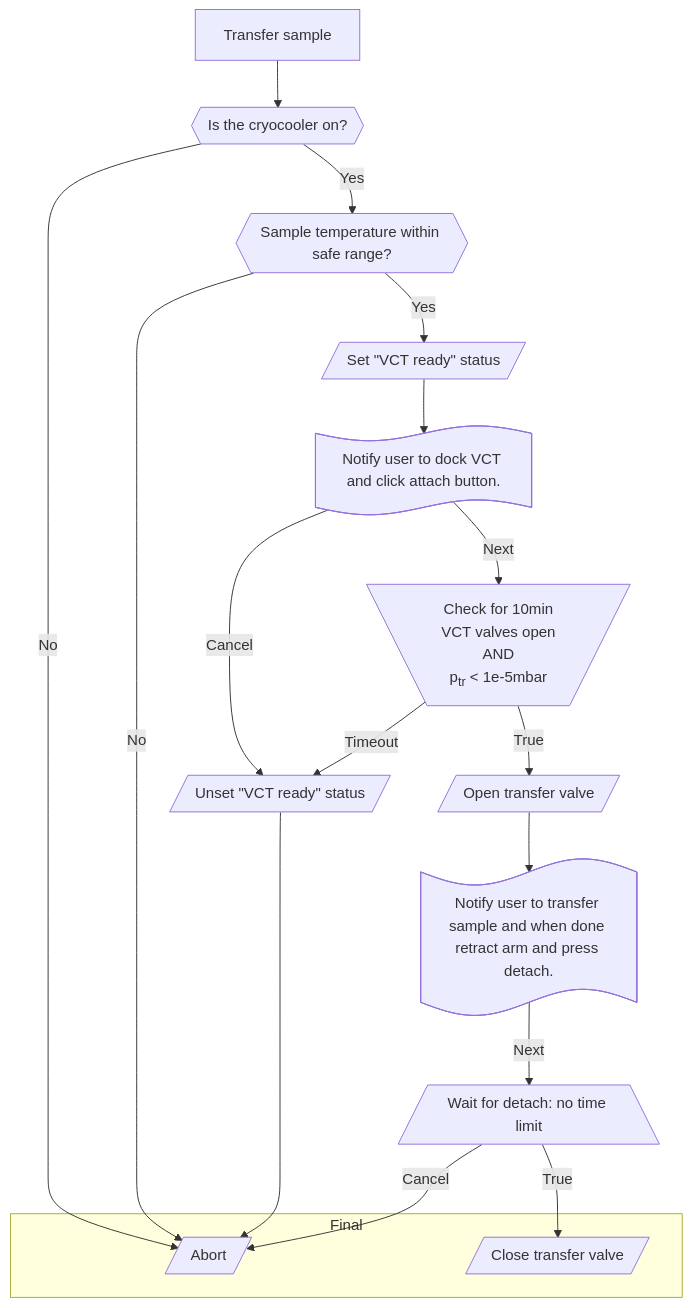
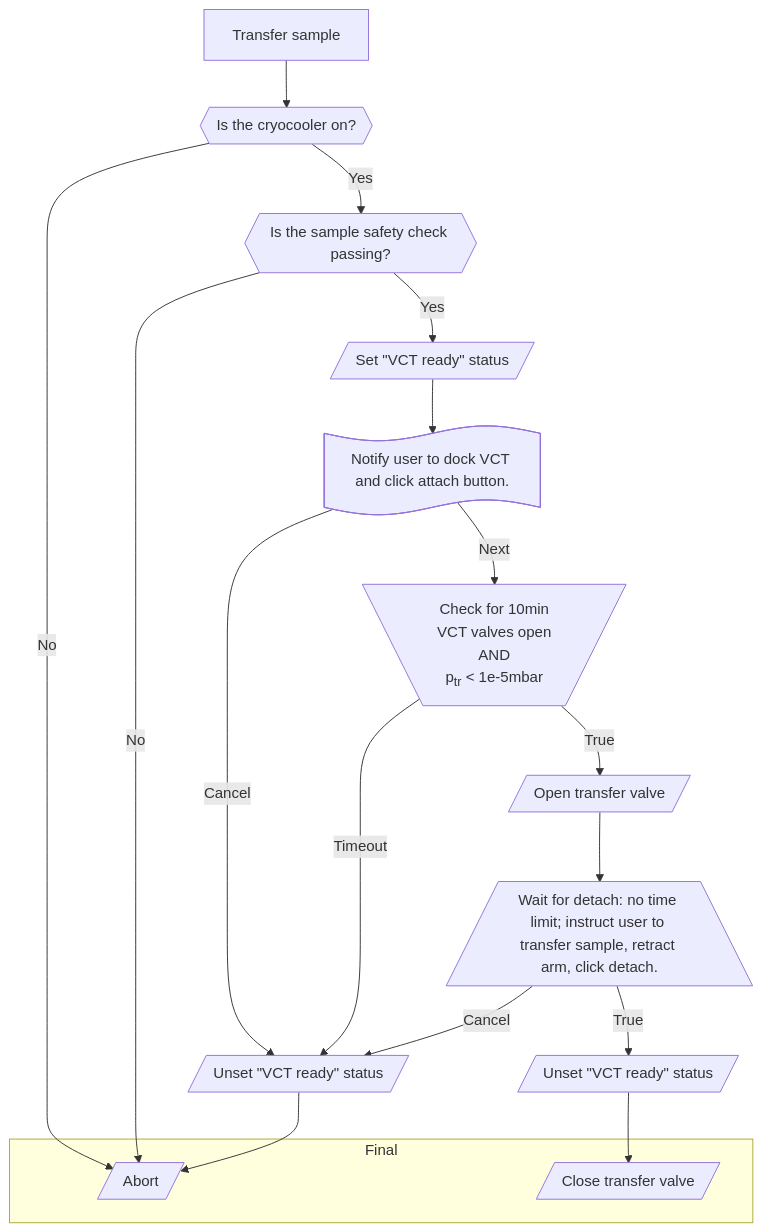
One commit to parkourlrc/pcb-trappitsch--cryostorage-42fec10e6a changed diagram 11 of 11 in docs/src/workflows.md. Above: the diagram before and after it, drawn with Mermaid. The commit also changed 7 other files, not shown here.

Commit message:
add sample transfer workflow

````diff
--- a/docs/src/workflows.md
+++ b/docs/src/workflows.md
@@ -331,26 +331,26 @@
 ```mermaid
   flowchart TD
     PR[Transfer sample] --> CCHK
     CCHK -->|No| Err
-    CCHK{{Is the cryocooler on?}} -->|Yes| TCHK
-    TCHK{{Sample temperature within safe range?}} -->|No| Err
-    TCHK -->|Yes| RDY
+    CCHK{{Is the cryocooler on?}} -->|Yes| SCHK
+    SCHK{{Is the sample safety check passing?}} -->|No| Err
+    SCHK -->|Yes| RDY
     RDY[/Set "VCT ready" status/] --> NAtt
     NAtt@{ shape: paper-tape, label: "Notify user to dock VCT and click attach button."} -->|Cancel| NRDY
     NRDY[/Unset "VCT ready" status/] --> Err
     NAtt -->|Next| CHKOP[\"Check for 10min
               VCT valves open 
               AND 
               p<sub>tr</sub> < 1e-5mbar"/]
     CHKOP -->|Timeout| NRDY
     CHKOP -->|True| OpTrV
-    OpTrV[/Open transfer valve/] --> NTr
-    NTr@{ shape: paper-tape, label: "Notify user to transfer sample and when done retract arm and press detach."} --> |Next| WaitForDet
-    WaitForDet[/Wait for detach: no time limit\] -->|Cancel| Err
-    WaitForDet --> |True| ClTr
+    OpTrV[/Open transfer valve/] --> WaitForDet
+    WaitForDet[/Wait for detach: no time limit; instruct user to transfer sample, retract arm, click detach.\] -->|Cancel| NRDY
+    WaitForDet --> |True| NRDYF
+    NRDYF[/Unset "VCT ready" status/] --> ClTr
 
     subgraph Level3 [Final]
       Err[/Abort/]
       ClTr[/Close transfer valve/]
     end
 ```
````
